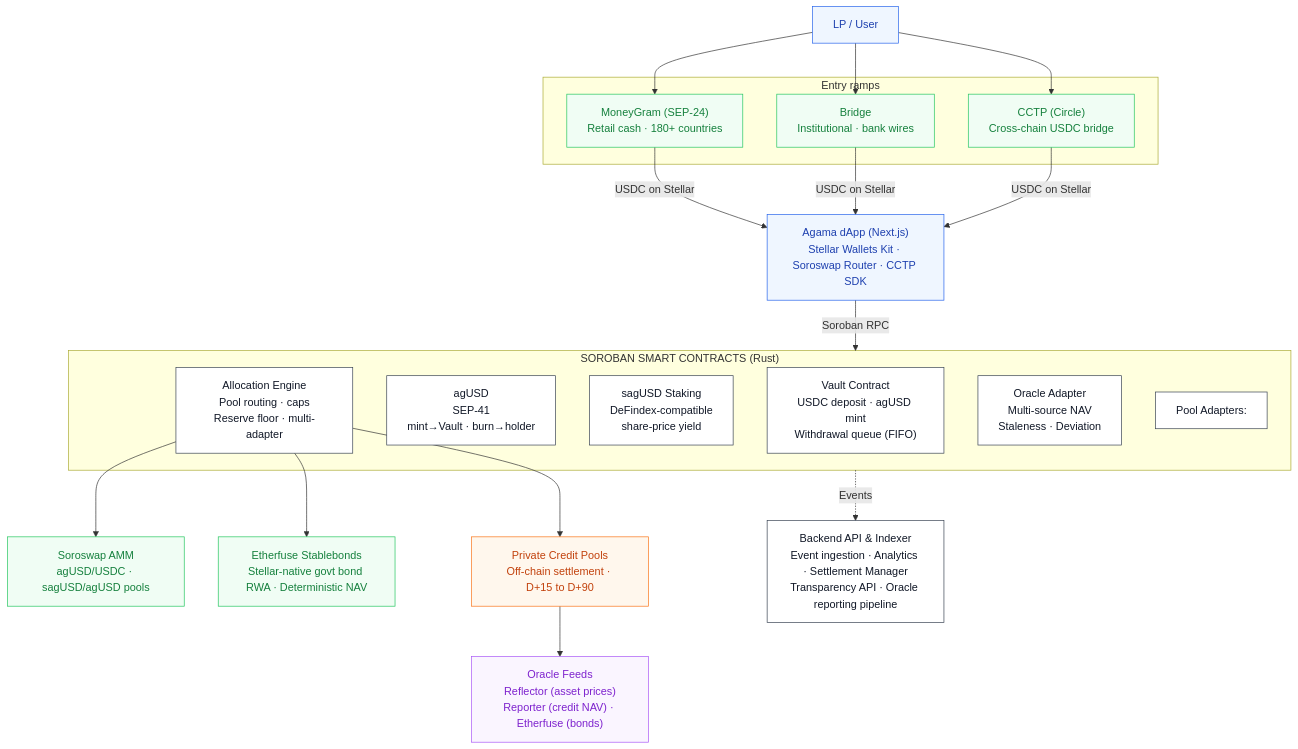
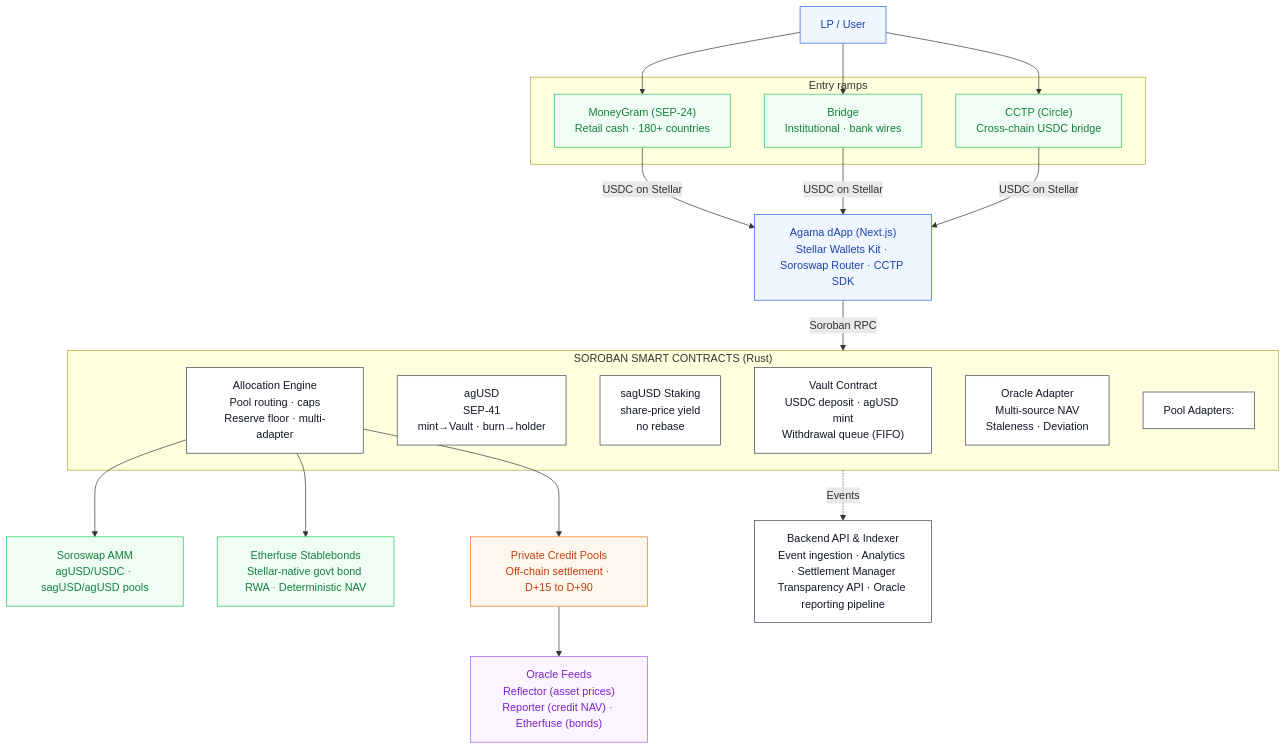
One commit to agamafinance/agama-soroban changed the diagram in README.md. Above: the diagram before and after it, drawn with Mermaid. The commit also changed 2 other files, not shown here.

````diff
--- a/README.md
+++ b/README.md
@@ -13,52 +13,52 @@
 ```mermaid
 flowchart TB
     LP["LP / User"]
 
     subgraph ramps["Entry ramps"]
         MONEYGRAM["MoneyGram (SEP-24)<br/>Retail cash · 180+ countries"]
         BRIDGE["Bridge<br/>Institutional · bank wires"]
         CCTP["CCTP (Circle)<br/>Cross-chain USDC bridge"]
     end
 
     DAPP["Agama dApp (Next.js)<br/>Stellar Wallets Kit · Soroswap Router · CCTP SDK"]
 
     subgraph soroban["SOROBAN SMART CONTRACTS (Rust)"]
         VAULT["Vault Contract<br/>USDC deposit · agUSD mint<br/>Withdrawal queue (FIFO)"]
         AGUSD["agUSD<br/>SEP-41<br/>mint→Vault · burn→holder"]
-        SAGUSD["sagUSD Staking<br/>DeFindex-compatible<br/>share-price yield"]
+        SAGUSD["sagUSD Staking<br/>share-price yield<br/>no rebase"]
         ENGINE["Allocation Engine<br/>Pool routing · caps<br/>Reserve floor · multi-adapter"]
         ORACLE["Oracle Adapter<br/>Multi-source NAV<br/>Staleness · Deviation"]
         ADAPTERS["Pool Adapters:"]
     end
 
     SOROSWAP["Soroswap AMM<br/>agUSD/USDC · sagUSD/agUSD pools"]
     STABLEBONDS["Etherfuse Stablebonds<br/>Stellar-native govt bond RWA · Deterministic NAV"]
     CREDIT["Private Credit Pools<br/>Off-chain settlement · D+15 to D+90"]
     FEEDS["Oracle Feeds<br/>Reflector (asset prices)<br/>Reporter (credit NAV) · Etherfuse (bonds)"]
     BACKEND["Backend API & Indexer<br/>Event ingestion · Analytics · Settlement Manager<br/>Transparency API · Oracle reporting pipeline"]
 
     LP --> MONEYGRAM
     LP --> BRIDGE
     LP --> CCTP
     MONEYGRAM -->|"USDC on Stellar"| DAPP
     BRIDGE -->|"USDC on Stellar"| DAPP
     CCTP -->|"USDC on Stellar"| DAPP
     DAPP -->|"Soroban RPC"| soroban
     ENGINE --> SOROSWAP
     ENGINE --> STABLEBONDS
     ENGINE --> CREDIT
     CREDIT --> FEEDS
     soroban -.->|"Events"| BACKEND
 
     classDef integration fill:#f0fdf4,stroke:#22c55e,color:#15803d
     classDef core fill:#ffffff,stroke:#374151,color:#111827
     classDef offchain fill:#fff7ed,stroke:#f97316,color:#c2410c
     classDef feed fill:#faf5ff,stroke:#a855f7,color:#7e22ce
     classDef actor fill:#eff6ff,stroke:#2563eb,color:#1e40af
 
     class LP,DAPP actor
     class MONEYGRAM,BRIDGE,CCTP,SOROSWAP,STABLEBONDS integration
     class VAULT,AGUSD,SAGUSD,ENGINE,ORACLE,ADAPTERS,BACKEND core
     class CREDIT offchain
     class FEEDS feed
 ```
````
